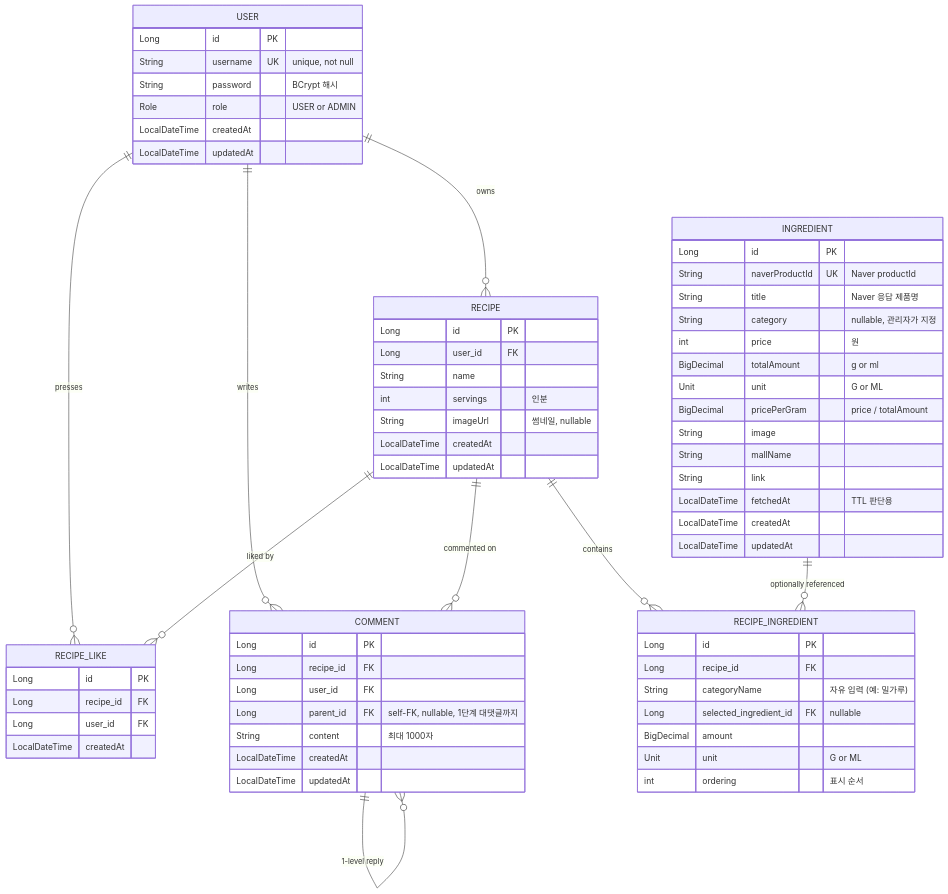
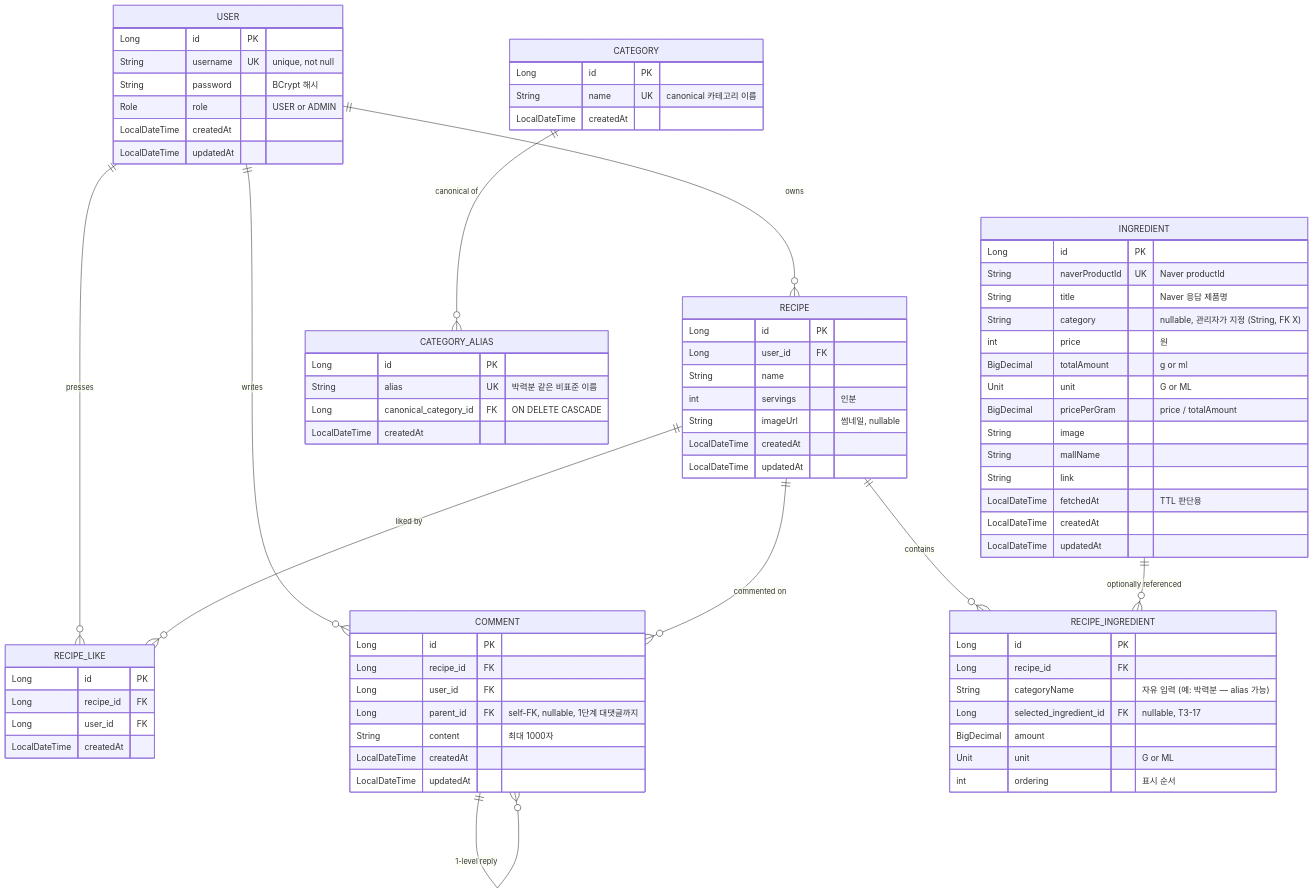
Before and after one commit to Goospel/FoodCostCalculator: the diagram in README.md, drawn with Mermaid. The commit also changed other lines of this file, not shown here.

```diff
--- a/README.md
+++ b/README.md
@@ -32,6 +36,7 @@
     RECIPE ||--o{ COMMENT : "commented on"
     INGREDIENT ||--o{ RECIPE_INGREDIENT : "optionally referenced"
     COMMENT ||--o{ COMMENT : "1-level reply"
+    CATEGORY ||--o{ CATEGORY_ALIAS : "canonical of"
 
     USER {
         Long id PK
@@ -46,7 +51,7 @@
         Long id PK
         String naverProductId UK "Naver productId"
         String title "Naver 응답 제품명"
-        String category "nullable, 관리자가 지정"
+        String category "nullable, 관리자가 지정 (String, FK X)"
         int price "원"
         BigDecimal totalAmount "g or ml"
         Unit unit "G or ML"
@@ -57,6 +62,19 @@
         LocalDateTime fetchedAt "TTL 판단용"
         LocalDateTime createdAt
         LocalDateTime updatedAt
+    }
+
+    CATEGORY {
+        Long id PK
+        String name UK "canonical 카테고리 이름"
+        LocalDateTime createdAt
+    }
+
+    CATEGORY_ALIAS {
+        Long id PK
+        String alias UK "박력분 같은 비표준 이름"
+        Long canonical_category_id FK "ON DELETE CASCADE"
+        LocalDateTime createdAt
     }
 
     RECIPE {
@@ -72,8 +90,8 @@
     RECIPE_INGREDIENT {
         Long id PK
         Long recipe_id FK
-        String categoryName "자유 입력 (예: 밀가루)"
-        Long selected_ingredient_id FK "nullable"
+        String categoryName "자유 입력 (예: 박력분 — alias 가능)"
+        Long selected_ingredient_id FK "nullable, T3-17"
         BigDecimal amount
         Unit unit "G or ML"
         int ordering "표시 순서"
```
